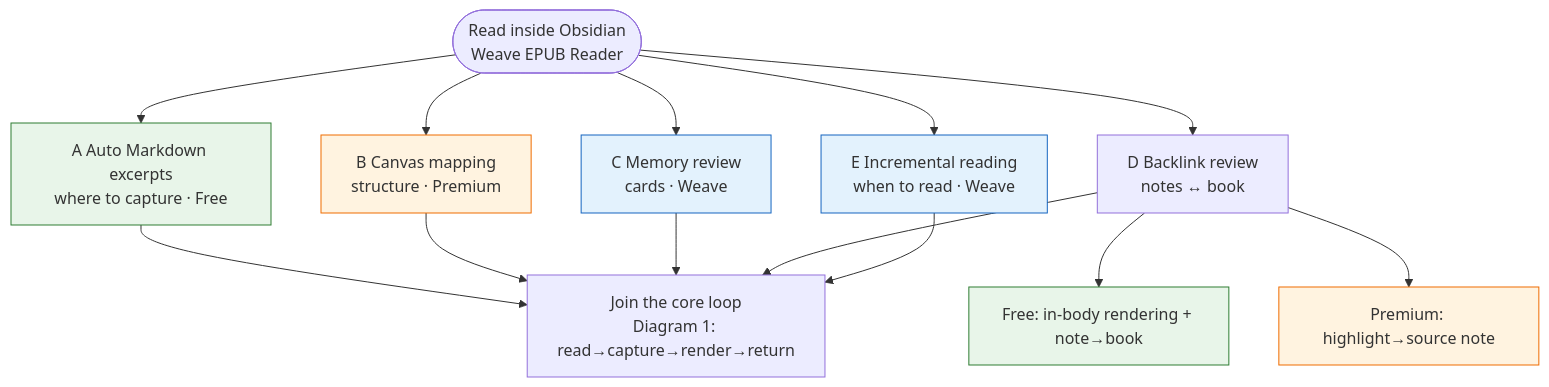
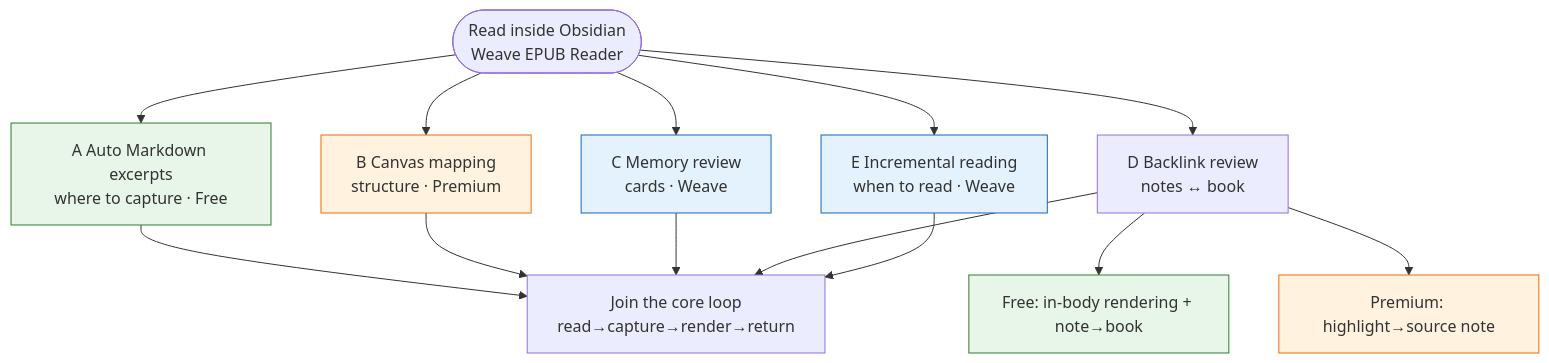
One commit to neil-wang-global/obsidian-weave-reader changed the third of 4 diagrams in README.md. Above: the diagram before and after it, drawn with Mermaid. The commit also changed other lines of this file, not shown here.

Commit message:
docs: remove core-loop Mermaid diagram from README

````diff
--- a/README.md
+++ b/README.md
@@ -320,26 +280,26 @@
 ```mermaid
 flowchart TB
   READ(["Read inside Obsidian<br/>Weave EPUB Reader"])
 
   READ --> A["A Auto Markdown excerpts<br/>where to capture · Free"]
   READ --> B["B Canvas mapping<br/>structure · Premium"]
   READ --> C["C Memory review<br/>cards · Weave"]
   READ --> D["D Backlink review<br/>notes ↔ book"]
   READ --> E["E Incremental reading<br/>when to read · Weave"]
 
-  A --> LOOP["Join the core loop<br/>Diagram 1: read→capture→render→return"]
+  A --> LOOP["Join the core loop<br/>read→capture→render→return"]
   B --> LOOP
   C --> LOOP
   D --> LOOP
   E --> LOOP
 
   D --> D1["Free: in-body rendering + note→book"]
   D --> D2["Premium: highlight→source note"]
 
   style A fill:#e8f5e9,stroke:#2e7d32
   style D1 fill:#e8f5e9,stroke:#2e7d32
   style B fill:#fff3e0,stroke:#ef6c00
   style D2 fill:#fff3e0,stroke:#ef6c00
   style C fill:#e3f2fd,stroke:#1565c0
   style E fill:#e3f2fd,stroke:#1565c0
 ```
````
